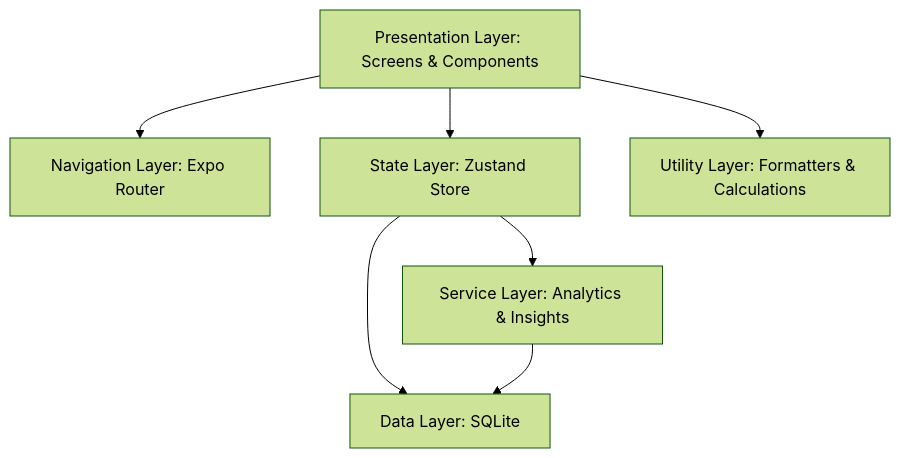
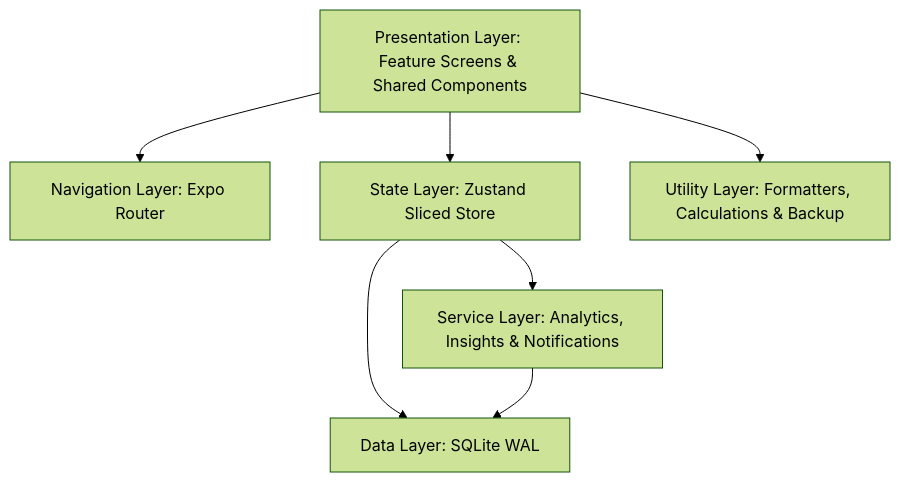
One commit to nmenag/habit-money changed the diagram in docs/ARCHITECTURE.md. Above: the diagram before and after it, drawn with Mermaid (forest theme). The commit also changed other lines of this file and 3 other files, not shown here.

````diff
--- a/docs/ARCHITECTURE.md
+++ b/docs/ARCHITECTURE.md
@@ -9,16 +9,16 @@
 ```mermaid
 graph TD
-    UI[Presentation Layer: Screens & Components]
+    UI[Presentation Layer: Feature Screens & Shared Components]
     NAV[Navigation Layer: Expo Router]
-    STORE[State Layer: Zustand Store]
-    DB[Data Layer: SQLite]
-    SERVICE[Service Layer: Analytics & Insights]
-    UTILS[Utility Layer: Formatters & Calculations]
+    STORE[State Layer: Zustand Sliced Store]
+    DB[Data Layer: SQLite WAL]
+    SERVICE[Service Layer: Analytics, Insights & Notifications]
+    UTILS[Utility Layer: Formatters, Calculations & Backup]
 
     UI --> NAV
     UI --> STORE
     STORE --> DB
     STORE --> SERVICE
     SERVICE --> DB
     UI --> UTILS
 ```
````
